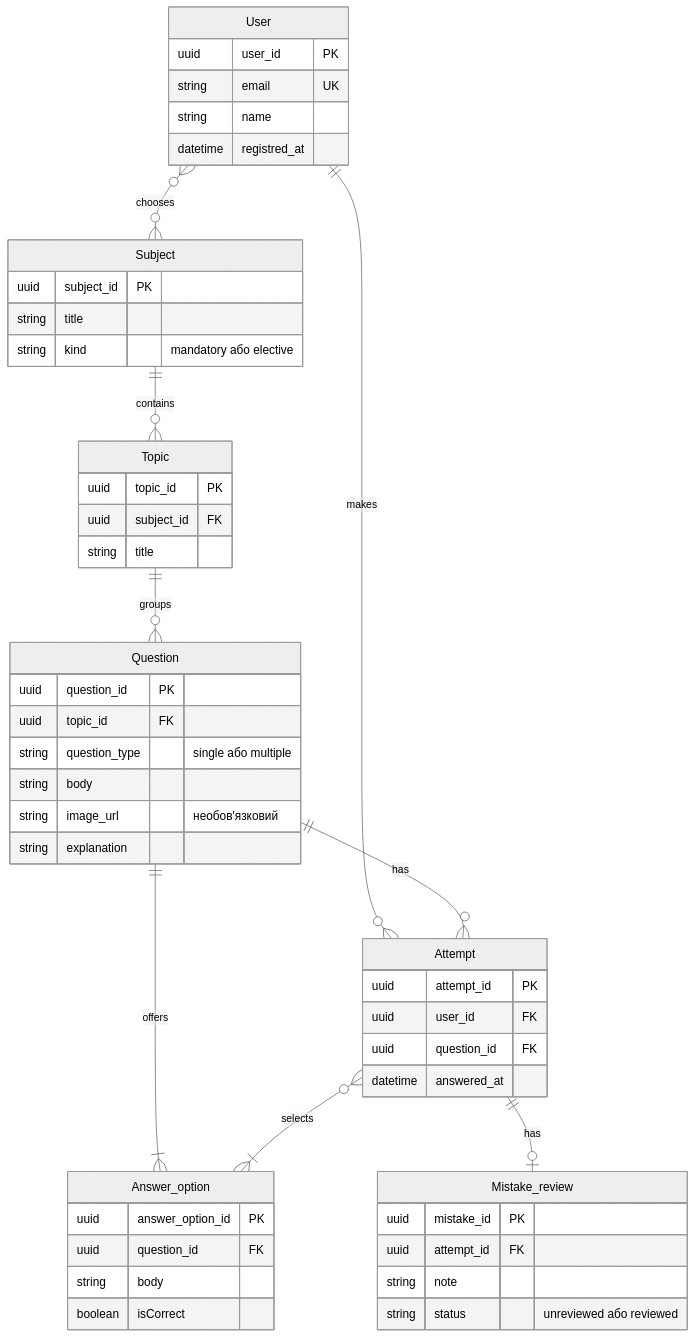
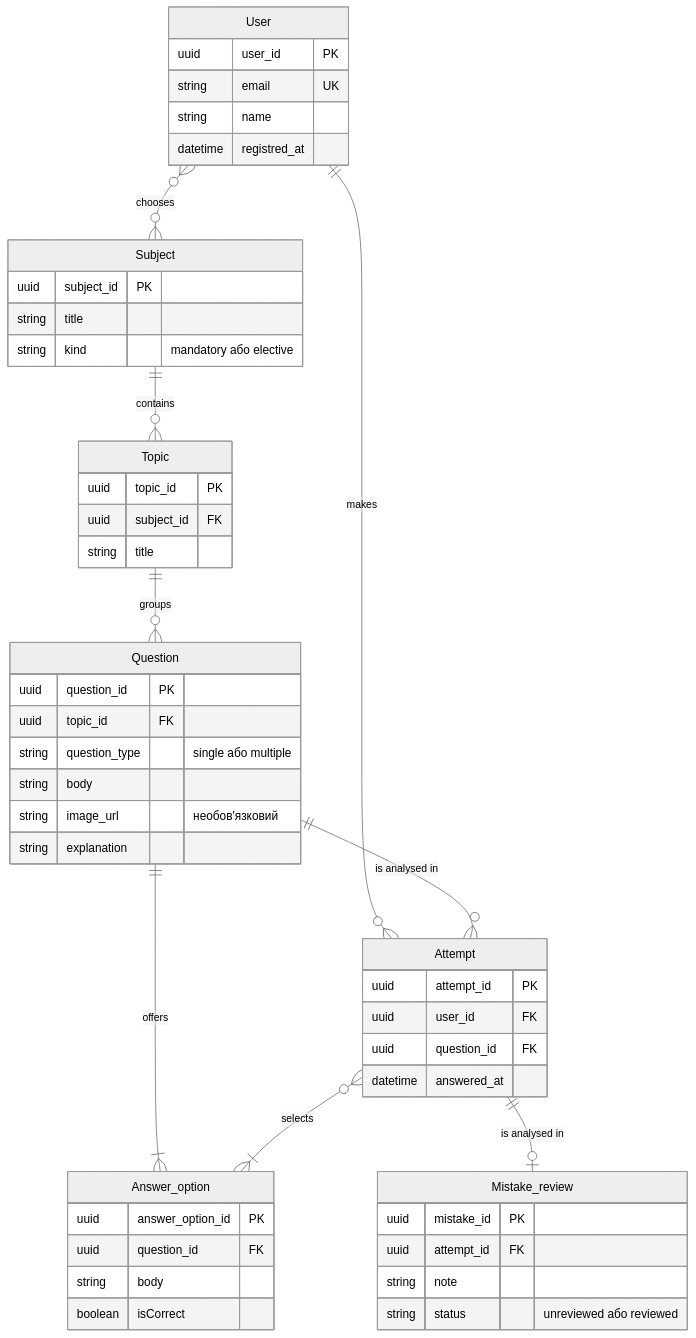
The diagram in lab1/diagram.mmd (k0dekk/mavpz), drawn with Mermaid (neutral theme) before and after one commit. The commit also changed 1 other file, not shown here.

Commit message:
docs: document missing Attempt relations and improve verbs

```diff
--- a/lab1/diagram.mmd
+++ b/lab1/diagram.mmd
@@ -1,58 +1,58 @@
 erDiagram
     User {
         uuid user_id PK
         string email UK
         string name
         datetime registred_at
     }
 
     Subject {
         uuid subject_id PK
         string title
         string kind "mandatory або elective"
     }
 
     Topic {
         uuid topic_id PK
         uuid subject_id FK
         string title
     }
 
     Question {
         uuid question_id PK
         uuid topic_id FK
         string question_type "single або multiple"
         string body
         string image_url "необов'язковий"
         string explanation
     }
 
     Answer_option {
         uuid answer_option_id PK
         uuid question_id FK
         string body
         boolean isCorrect
     }
 
     Attempt {
         uuid attempt_id PK
         uuid user_id FK
         uuid question_id FK
         datetime answered_at
     }
 
     Mistake_review {
         uuid mistake_id PK
         uuid attempt_id FK
         string note
         string status "unreviewed або reviewed"
     }
 
     Subject ||--o{ Topic : "contains"
     Topic ||--o{ Question : "groups"
     Question ||--|{ Answer_option : "offers"
     User ||--o{ Attempt : "makes"
-    Question ||--o{ Attempt : "has"
+    Question ||--o{ Attempt : "is analysed in"
     Attempt }o--|{ Answer_option : "selects"
-    Attempt ||--o| Mistake_review : "has"
+    Attempt ||--o| Mistake_review : "is analysed in"
     User }o--o{ Subject : "chooses"
```
